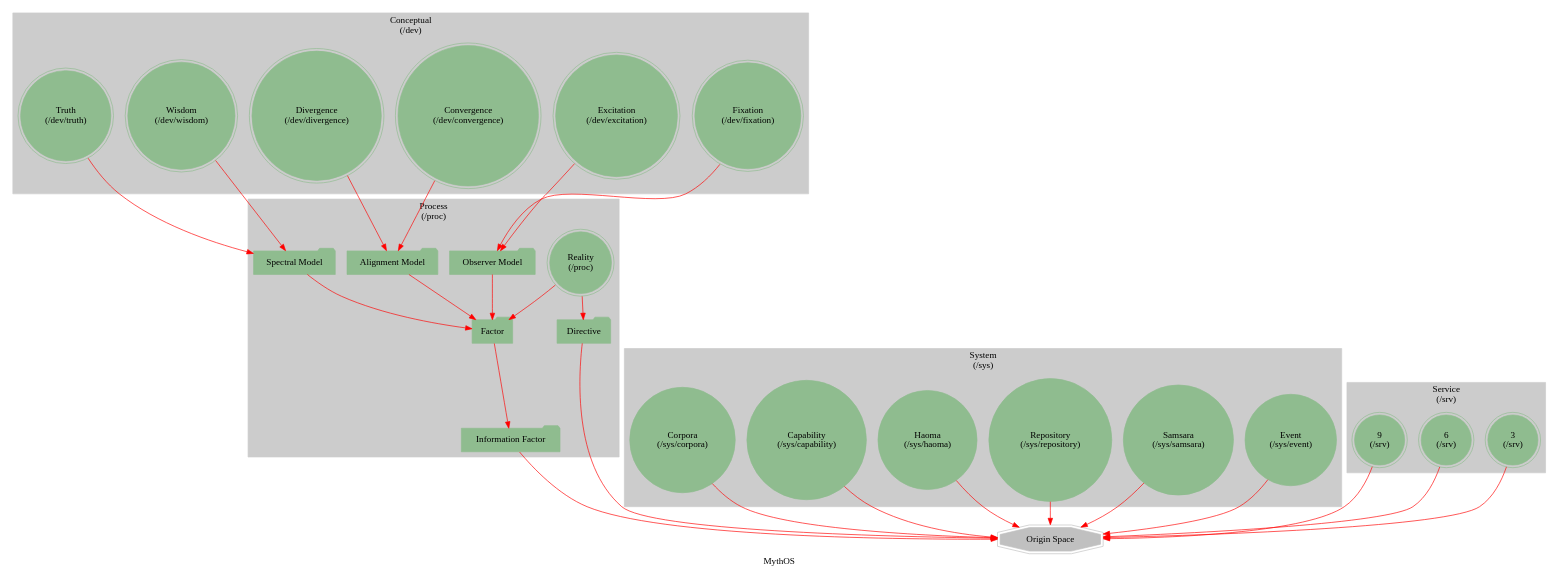
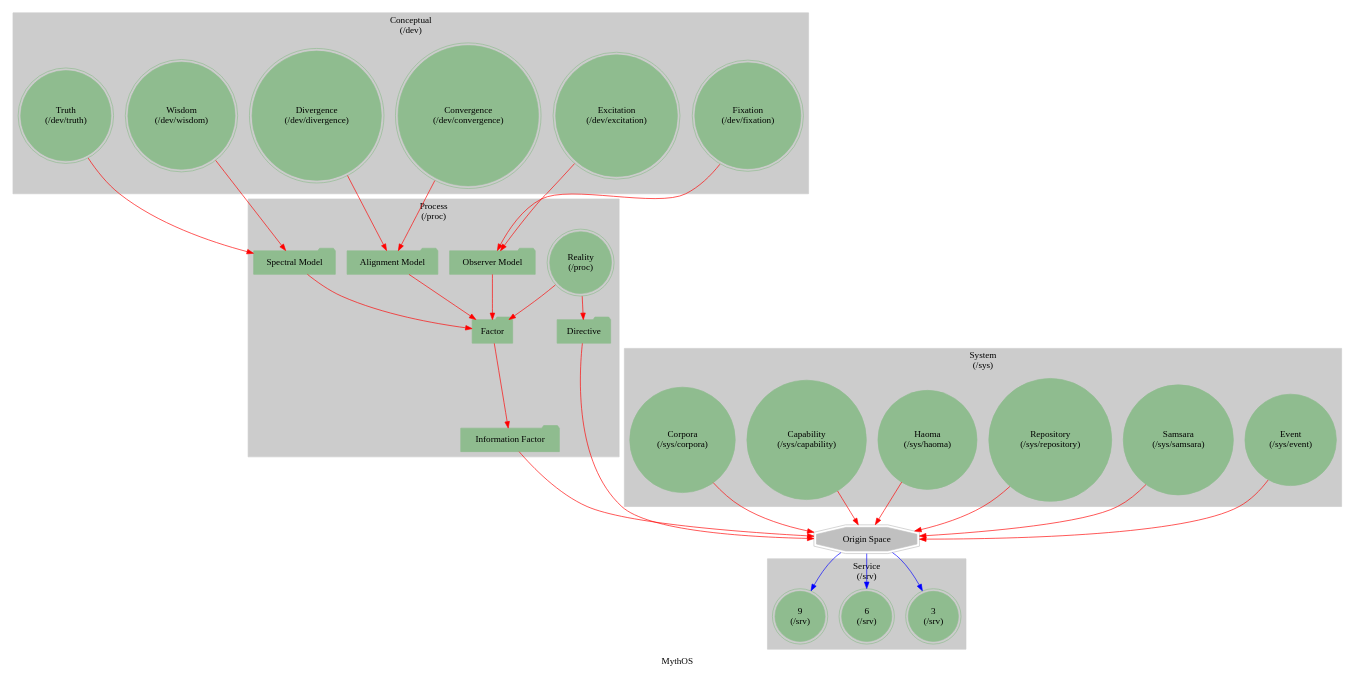
Before and after one commit to cilang/mythos: the diagram in src/diagram/mythos.dot, drawn with Graphviz. The commit also changed 1 other file, not shown here.

```diff
--- a/src/diagram/mythos.dot
+++ b/src/diagram/mythos.dot
@@ -1,65 +1,66 @@
 strict digraph G {
     label = "MythOS";
     style = filled;
     color = grey90;
     root = "spark_0_t";
     node [shape = circle; style = filled; color = darkseagreen;];
     edge [color = darkgray;];
     
     subgraph cluster_0 {
         label = "Conceptual\n(/dev)";
         style = filled;
         color = grey80;
         spark_a_t [label = "Fixation\n(/dev/fixation)";shape = doublecircle;];
         spark_b_t [label = "Excitation\n(/dev/excitation)";shape = doublecircle;];
         spark_c_t [label = "Convergence\n(/dev/convergence)";shape = doublecircle;];
         spark_d_t [label = "Divergence\n(/dev/divergence)";shape = doublecircle;];
         spark_e_t [label = "Wisdom\n(/dev/wisdom)";shape = doublecircle;];
         spark_f_t [label = "Truth\n(/dev/truth)";shape = doublecircle;];
     }
     subgraph cluster_1 {
         label = "System\n(/sys)";
         style = filled;
         color = grey80;
         spark_1_t [label = "Event\n(/sys/event)";];
         spark_2_t [label = "Samsara\n(/sys/samsara)";];
         spark_4_t [label = "Repository\n(/sys/repository)";];
         spark_5_t [label = "Haoma\n(/sys/haoma)";];
         spark_7_t [label = "Capability\n(/sys/capability)";];
         spark_8_t [label = "Corpora\n(/sys/corpora)";];
     }
     subgraph cluster_2 {
         label = "Service\n(/srv)";
         style = filled;
         color = grey80;
         spark_3_t [label = "3\n(/srv)";shape = doublecircle;];
         spark_6_t [label = "6\n(/srv)";shape = doublecircle;];
         spark_9_t [label = "9\n(/srv)";shape = doublecircle;];
     }
     subgraph cluster_3 {
         label = "Process\n(/proc)";
         style = filled;
         color = grey80;
         spark_0_t [label = "Reality\n(/proc)";shape = doublecircle;];
         observer_model_t [label = "Observer Model";shape = folder;];
         alignment_model_t [label = "Alignment Model";shape = folder;];
         spectral_model_t [label = "Spectral Model";shape = folder;];
         factor_t [label = "Factor";shape = folder;];
         prime_directive_t [label = "Directive";shape = folder;];
         information_factor_t [label = "Information Factor";shape = folder;];
     }
     
     origin_space_t [label = "Origin Space";color = silver;shape = doubleoctagon;];
     
     {spark_a_t spark_b_t} -> observer_model_t [color = red;];
     {spark_c_t spark_d_t} -> alignment_model_t [color = red;];
     {spark_e_t spark_f_t} -> spectral_model_t [color = red;];
     
     spark_0_t -> {factor_t prime_directive_t} [color = red;];
     
     {observer_model_t alignment_model_t spectral_model_t} -> factor_t [color = red;];
     
     factor_t -> information_factor_t [color = red;];
     
-    {information_factor_t prime_directive_t spark_1_t spark_2_t spark_4_t spark_5_t spark_7_t spark_8_t spark_3_t spark_6_t spark_9_t} -> origin_space_t [color = red;];
+    {information_factor_t prime_directive_t spark_1_t spark_2_t spark_4_t spark_5_t spark_7_t spark_8_t} -> origin_space_t [color = red;];
+    origin_space_t -> {spark_3_t spark_6_t spark_9_t} [color = blue;];
 }
```
